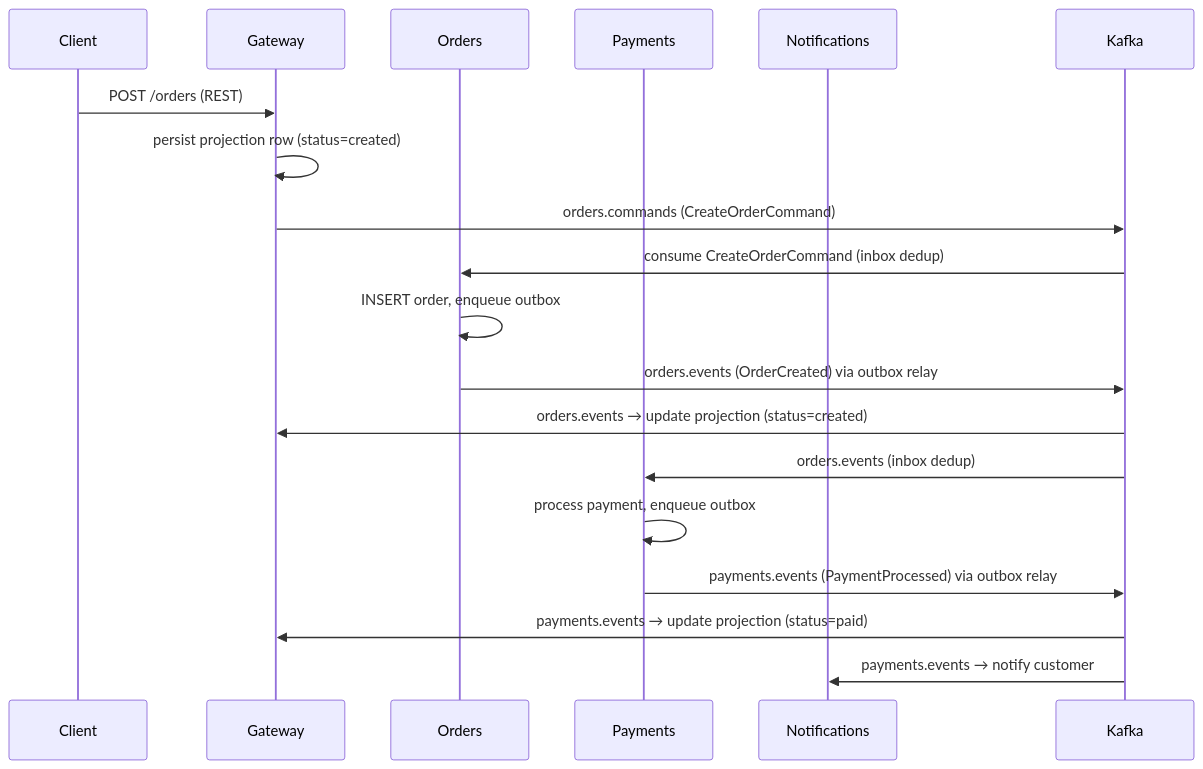
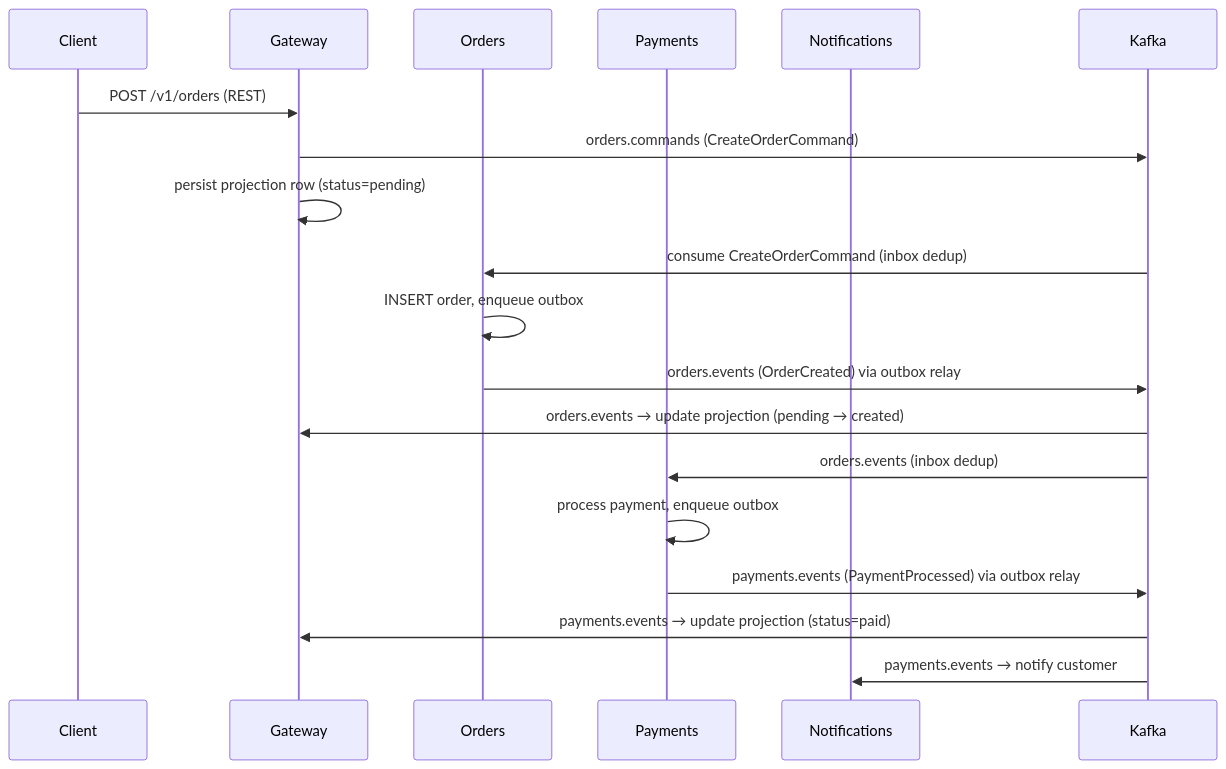
Before and after one commit to danil-bragin/go-boilerplate: the diagram in README.md, drawn with Mermaid. The commit also changed other lines of this file and 18 other files, not shown here.

First line of the commit message:
feat(gateway): /v1 + pending projection row + Location; OpenAPI models auth/errors/pagination

````diff
--- a/README.md
+++ b/README.md
@@ -41,21 +41,21 @@
 ```mermaid
 sequenceDiagram
     participant Client
     participant Gateway
     participant Orders
     participant Payments
     participant Notifications
 
-    Client->>Gateway: POST /orders (REST)
-    Gateway->>Gateway: persist projection row (status=created)
+    Client->>Gateway: POST /v1/orders (REST)
     Gateway->>Kafka: orders.commands (CreateOrderCommand)
+    Gateway->>Gateway: persist projection row (status=pending)
     Kafka->>Orders: consume CreateOrderCommand (inbox dedup)
     Orders->>Orders: INSERT order, enqueue outbox
     Orders->>Kafka: orders.events (OrderCreated) via outbox relay
-    Kafka->>Gateway: orders.events → update projection (status=created)
+    Kafka->>Gateway: orders.events → update projection (pending → created)
     Kafka->>Payments: orders.events (inbox dedup)
     Payments->>Payments: process payment, enqueue outbox
     Payments->>Kafka: payments.events (PaymentProcessed) via outbox relay
     Kafka->>Gateway: payments.events → update projection (status=paid)
     Kafka->>Notifications: payments.events → notify customer
 ```
````
